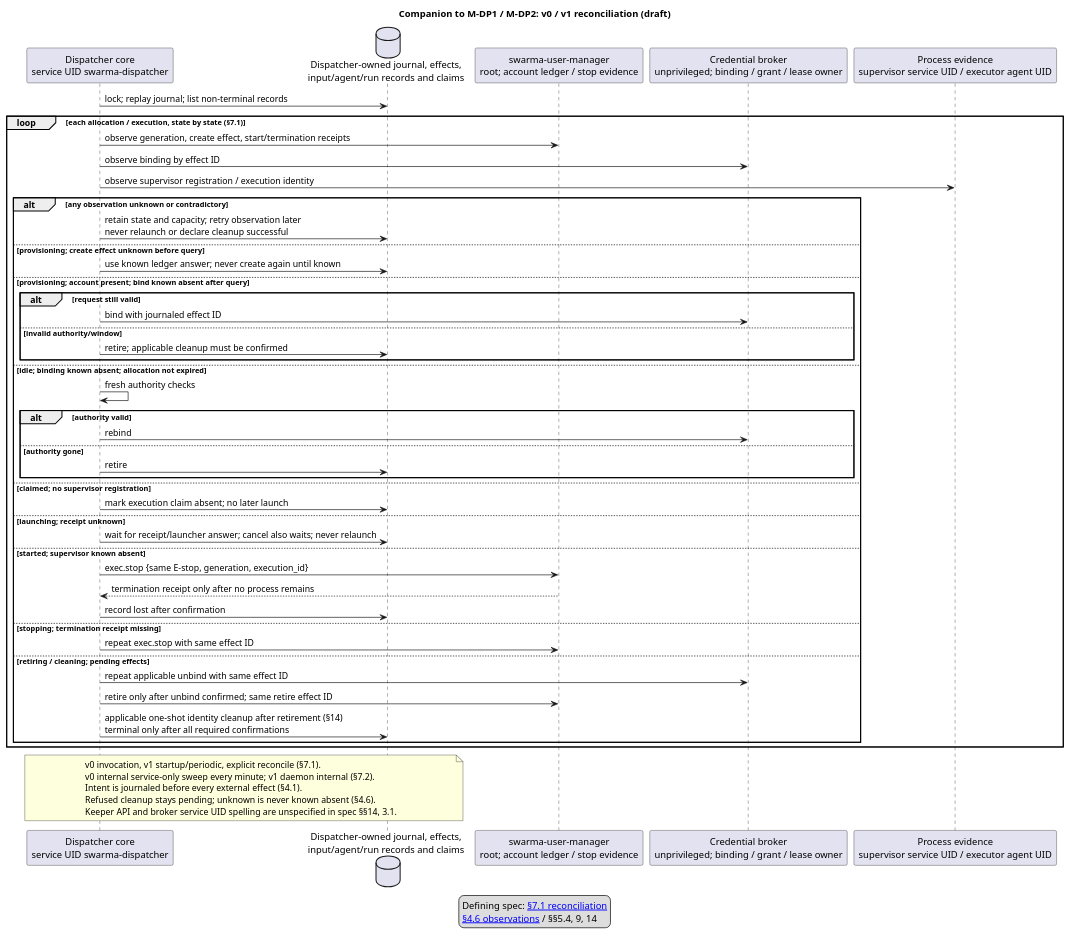
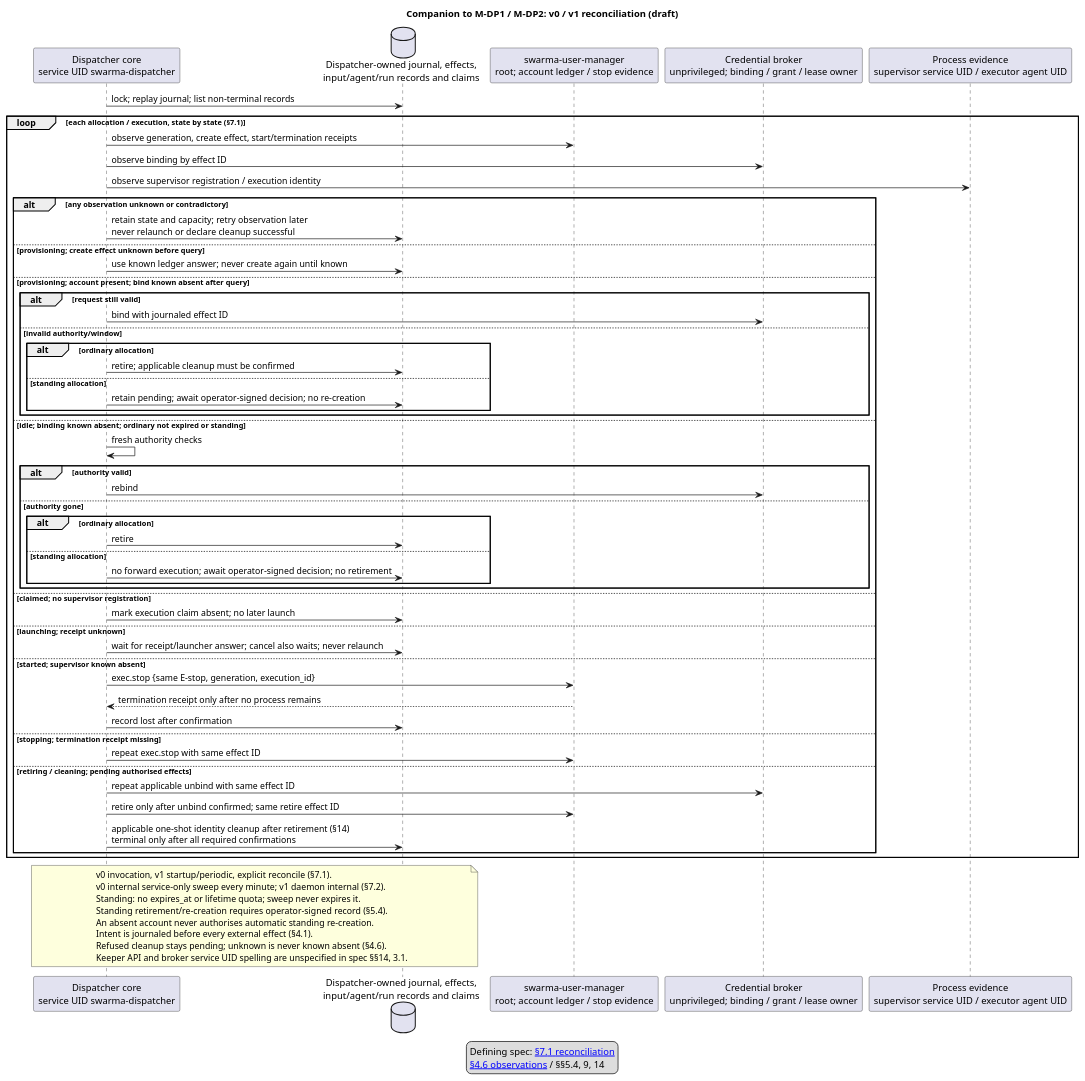
Before and after one commit to relux-works/curator-dispatcher: the diagram in diagrams/reconcile.puml, drawn with PlantUML. The commit also changed 9 other files, not shown here.

```diff
--- a/diagrams/reconcile.puml
+++ b/diagrams/reconcile.puml
@@ -1,57 +1,68 @@
 @startuml reconcile
 title Companion to M-DP1 / M-DP2: v0 / v1 reconciliation (draft)
 participant "Dispatcher core\nservice UID swarma-dispatcher" as D
 database "Dispatcher-owned journal, effects,\ninput/agent/run records and claims" as J
 participant "swarma-user-manager\nroot; account ledger / stop evidence" as H
 participant "Credential broker\nunprivileged; binding / grant / lease owner" as B
 participant "Process evidence\nsupervisor service UID / executor agent UID" as P
 D -> J : lock; replay journal; list non-terminal records
 loop each allocation / execution, state by state (§7.1)
   D -> H : observe generation, create effect, start/termination receipts
   D -> B : observe binding by effect ID
   D -> P : observe supervisor registration / execution identity
   alt any observation unknown or contradictory
     D -> J : retain state and capacity; retry observation later\nnever relaunch or declare cleanup successful
   else provisioning; create effect unknown before query
     D -> J : use known ledger answer; never create again until known
   else provisioning; account present; bind known absent after query
     alt request still valid
       D -> B : bind with journaled effect ID
     else invalid authority/window
-      D -> J : retire; applicable cleanup must be confirmed
+      alt ordinary allocation
+        D -> J : retire; applicable cleanup must be confirmed
+      else standing allocation
+        D -> J : retain pending; await operator-signed decision; no re-creation
+      end
     end
-  else idle; binding known absent; allocation not expired
+  else idle; binding known absent; ordinary not expired or standing
     D -> D : fresh authority checks
     alt authority valid
       D -> B : rebind
     else authority gone
-      D -> J : retire
+      alt ordinary allocation
+        D -> J : retire
+      else standing allocation
+        D -> J : no forward execution; await operator-signed decision; no retirement
+      end
     end
   else claimed; no supervisor registration
     D -> J : mark execution claim absent; no later launch
   else launching; receipt unknown
     D -> J : wait for receipt/launcher answer; cancel also waits; never relaunch
   else started; supervisor known absent
     D -> H : exec.stop {same E-stop, generation, execution_id}
     H --> D : termination receipt only after no process remains
     D -> J : record lost after confirmation
   else stopping; termination receipt missing
     D -> H : repeat exec.stop with same effect ID
-  else retiring / cleaning; pending effects
+  else retiring / cleaning; pending authorised effects
     D -> B : repeat applicable unbind with same effect ID
     D -> H : retire only after unbind confirmed; same retire effect ID
     D -> J : applicable one-shot identity cleanup after retirement (§14)\nterminal only after all required confirmations
   end
 end
 note over D,J
   v0 invocation, v1 startup/periodic, explicit reconcile (§7.1).
   v0 internal service-only sweep every minute; v1 daemon internal (§7.2).
+  Standing: no expires_at or lifetime quota; sweep never expires it.
+  Standing retirement/re-creation requires operator-signed record (§5.4).
+  An absent account never authorises automatic standing re-creation.
   Intent is journaled before every external effect (§4.1).
   Refused cleanup stays pending; unknown is never known absent (§4.6).
   Keeper API and broker service UID spelling are unspecified in spec §§14, 3.1.
 end note
 legend
   Defining spec: [[https://github.com/relux-works/swarma-dispatcher/blob/main/spec/dispatcher.md#71-reconciliation §7.1 reconciliation]]
   [[https://github.com/relux-works/swarma-dispatcher/blob/main/spec/dispatcher.md#46-observations §4.6 observations]] / §§5.4, 9, 14
 endlegend
 @enduml
```
